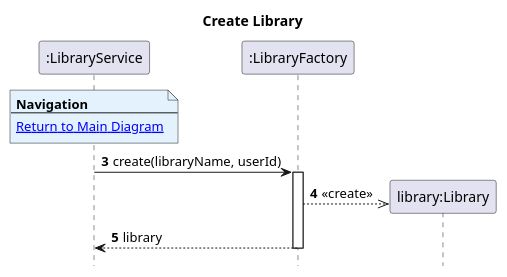
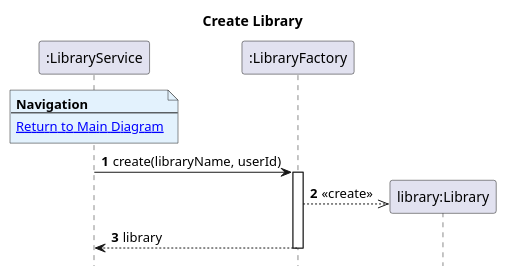
The diagram in Diagrams/SequenceDiagrams/N2/To-Create-Library/3.CreateLibrary.puml (AndrePereiraGitH/SWitCH-Project-Team_A), drawn with PlantUML before and after one commit. The commit also changed 4 other files, not shown here.

```diff
--- a/Diagrams/SequenceDiagrams/N2/To-Create-Library/3.CreateLibrary.puml
+++ b/Diagrams/SequenceDiagrams/N2/To-Create-Library/3.CreateLibrary.puml
@@ -1,32 +1,32 @@
 @startuml
 hide footbox
-autonumber 3
+autonumber
 title Create Library
 
 
 participant ":LibraryService" as service
 participant ":LibraryFactory" as factory
 participant "library:Library" as lib
 
 
 note over service #E3F2FD
 <b>Navigation</b>
 ---
 [[1.MainDiagram.puml Return to Main Diagram]]
 end note
 
 
 
 
 
 service -> factory: create(libraryName, userId)
 activate factory
 
 factory -->> lib**: <<create>>
 factory --> service: library
 deactivate factory
 
 
 
 
 @enduml
```
